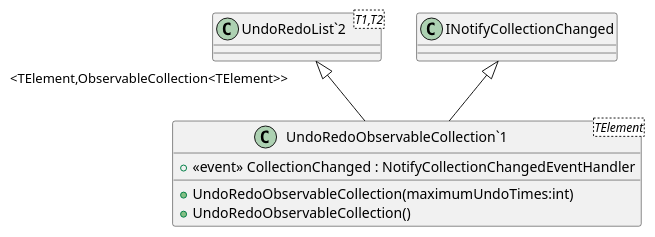
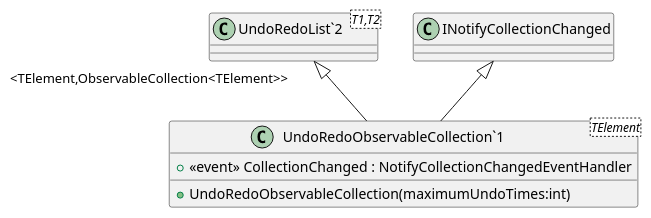
Before and after one commit to Fujiwo/Shos.UndoRedoList: the diagram in Shos.UndoRedoList/Documents/ClassDiagrams/UndoRedoObservableCollection.puml, drawn with PlantUML. The commit also changed 4 other files, not shown here.

Commit message:
Add UndoRedoList class.

```diff
--- a/Shos.UndoRedoList/Documents/ClassDiagrams/UndoRedoObservableCollection.puml
+++ b/Shos.UndoRedoList/Documents/ClassDiagrams/UndoRedoObservableCollection.puml
@@ -1,11 +1,10 @@
 @startuml
 class "UndoRedoObservableCollection`1"<TElement> {
     +  <<event>> CollectionChanged : NotifyCollectionChangedEventHandler 
     + UndoRedoObservableCollection(maximumUndoTimes:int)
-    + UndoRedoObservableCollection()
 }
 class "UndoRedoList`2"<T1,T2> {
 }
 "UndoRedoList`2" "<TElement,ObservableCollection<TElement>>" <|-- "UndoRedoObservableCollection`1"
 INotifyCollectionChanged <|-- "UndoRedoObservableCollection`1"
 @enduml
```
